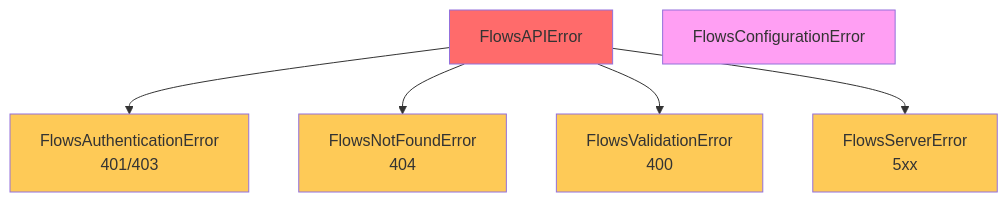
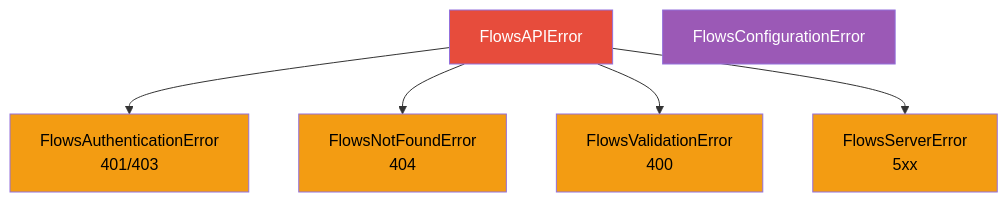
Before and after one commit to weni-ai/agents-toolkit: the seventh of 10 diagrams in docs/architecture/flows-integration-proposal.md, drawn with Mermaid. The commit also changed other lines of this file, not shown here.

````diff
--- a/docs/architecture/flows-integration-proposal.md
+++ b/docs/architecture/flows-integration-proposal.md
@@ -251,16 +269,16 @@
 ```mermaid
 flowchart TB
     E[FlowsAPIError] --> E1[FlowsAuthenticationError<br/>401/403]
     E --> E2[FlowsNotFoundError<br/>404]
     E --> E3[FlowsValidationError<br/>400]
     E --> E4[FlowsServerError<br/>5xx]
     
     CFG[FlowsConfigurationError] 
     
-    style E fill:#ff6b6b
-    style E1 fill:#feca57
-    style E2 fill:#feca57
-    style E3 fill:#feca57
-    style E4 fill:#feca57
-    style CFG fill:#ff9ff3
+    style E fill:#e74c3c,color:#fff
+    style E1 fill:#f39c12,color:#000
+    style E2 fill:#f39c12,color:#000
+    style E3 fill:#f39c12,color:#000
+    style E4 fill:#f39c12,color:#000
+    style CFG fill:#9b59b6,color:#fff
 ```
````
